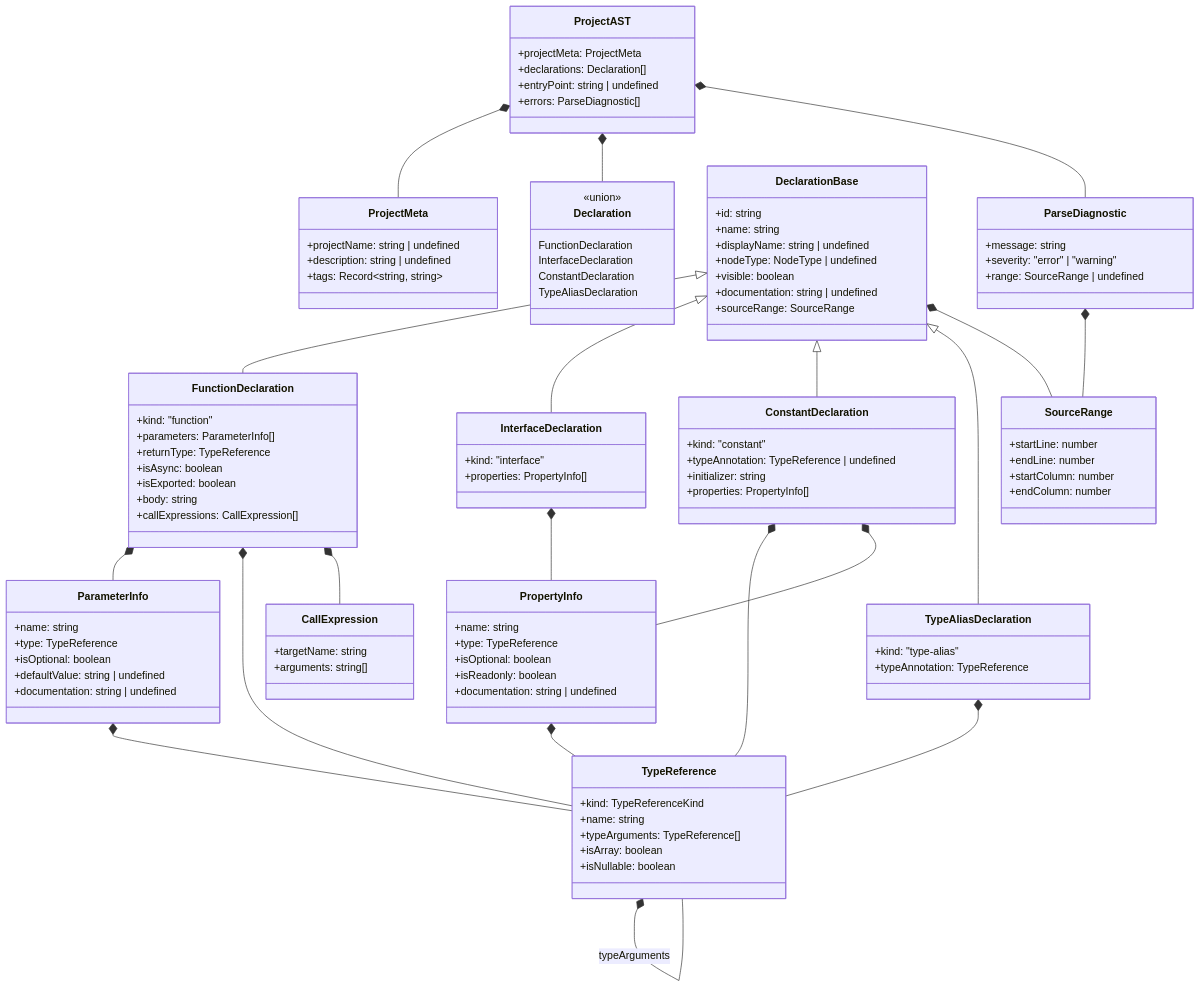
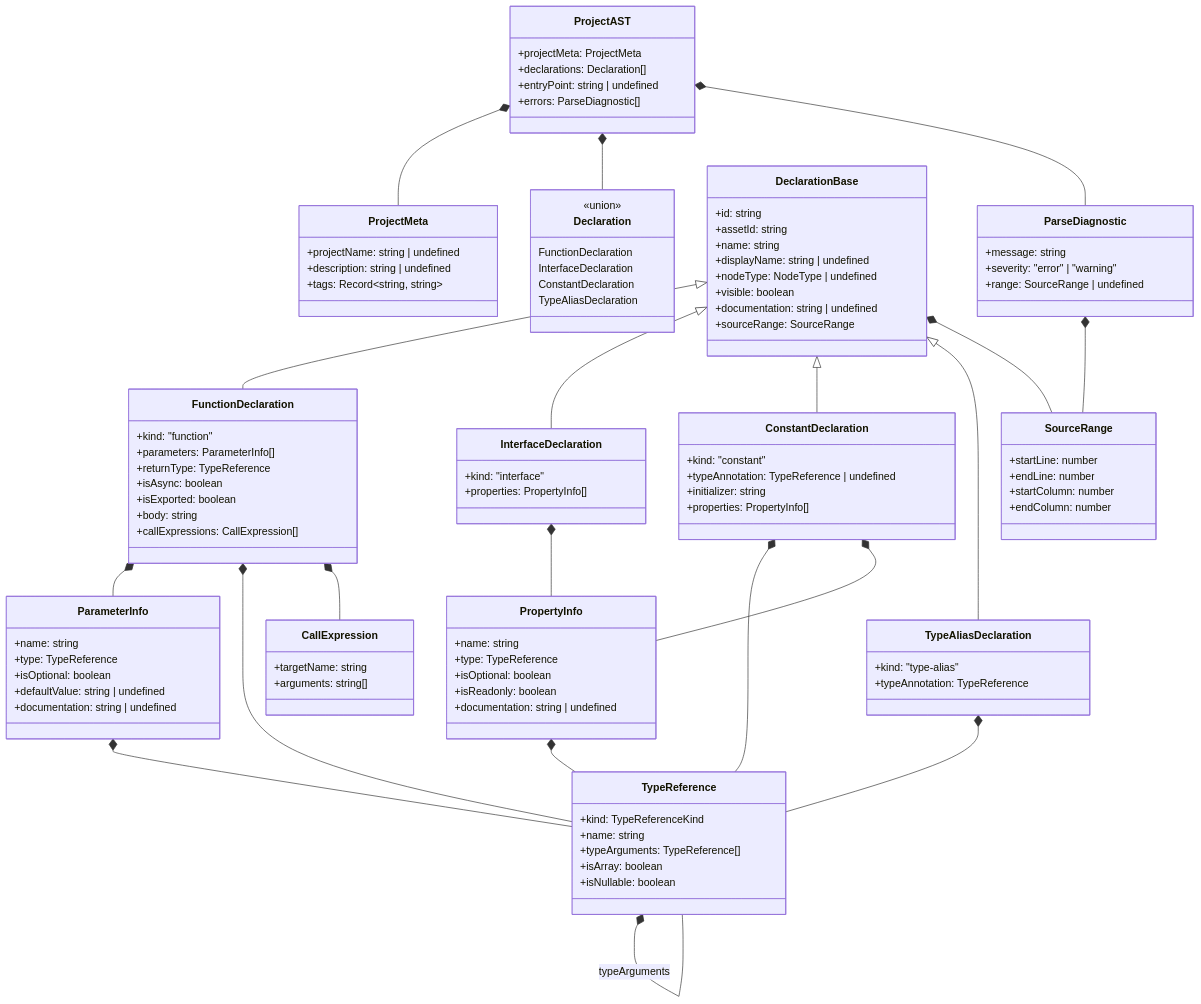
One commit to rimvydasb/open-modeler-ts changed the second of 5 diagrams in docs/03-AST-PARSING.md. Above: the diagram before and after it, drawn with Mermaid. The commit also changed other lines of this file and 2 other files, not shown here.

Commit message:
refactor architecture documentation: update parsing and transpilation functions to handle ProjectAsset arrays and clarify multi-file project limitations

```diff
--- a/docs/03-AST-PARSING.md
+++ b/docs/03-AST-PARSING.md
@@ -108,6 +108,7 @@
 
     class DeclarationBase {
         +id: string
+        +assetId: string
         +name: string
         +displayName: string | undefined
         +nodeType: NodeType | undefined
```
